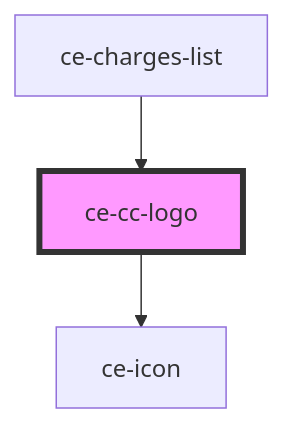
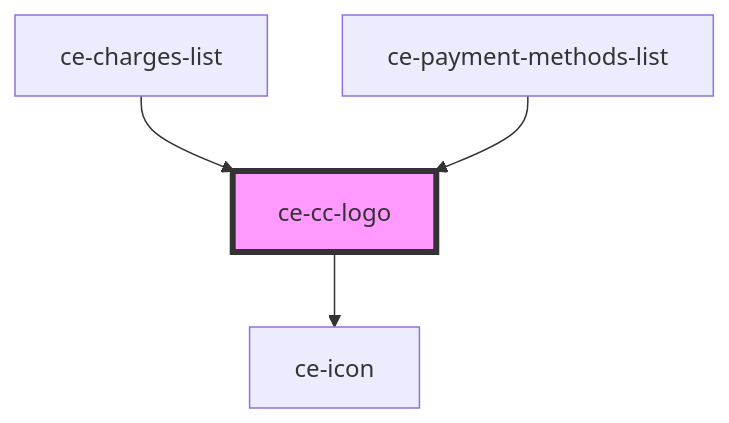
One commit to surecart/surecart-wp-plugin changed the diagram in packages/components/src/components/ui/ce-cc-logo/readme.md. Above: the diagram before and after it, drawn with Mermaid. The commit also changed other lines of this file and 162 other files, not shown here.

````diff
--- a/packages/components/src/components/ui/ce-cc-logo/readme.md
+++ b/packages/components/src/components/ui/ce-cc-logo/readme.md
@@ -33,6 +34,7 @@
 ```mermaid
 graph TD;
   ce-cc-logo --> ce-icon
   ce-charges-list --> ce-cc-logo
+  ce-payment-methods-list --> ce-cc-logo
   style ce-cc-logo fill:#f9f,stroke:#333,stroke-width:4px
 ```
````
